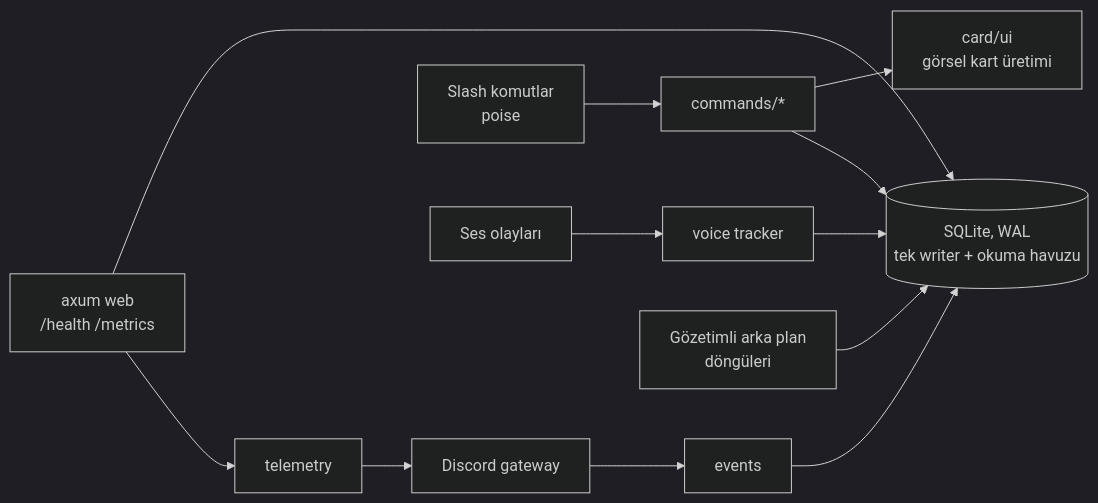
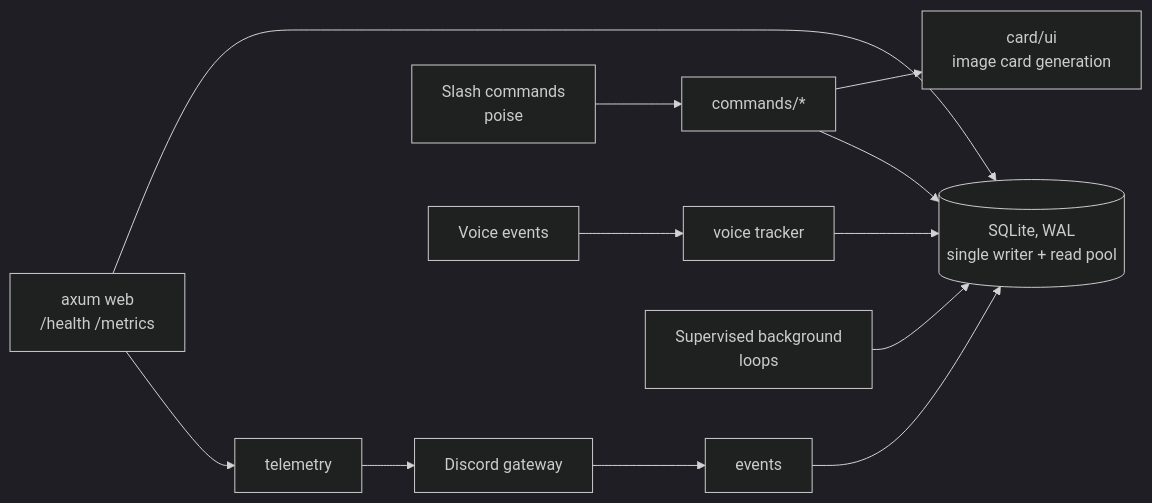
Before and after one commit to tetwy/tetbot-showcase: the diagram in README.md, drawn with Mermaid (dark theme). The commit also changed other lines of this file and 1 other file, not shown here.

````diff
--- a/README.md
+++ b/README.md
@@ -42,15 +42,15 @@
 ```mermaid
 flowchart LR
     GW[Discord gateway] --> EV[events]
-    SC[Slash komutlar<br/>poise] --> CMD[commands/*]
-    VS[Ses olayları] --> VO[voice tracker]
+    SC[Slash commands<br/>poise] --> CMD[commands/*]
+    VS[Voice events] --> VO[voice tracker]
     EV --> DB
     CMD --> DB
     VO --> DB
-    BG[Gözetimli arka plan<br/>döngüleri] --> DB
-    DB[(SQLite, WAL<br/>tek writer + okuma havuzu)]
-    CMD --> CARD[card/ui<br/>görsel kart üretimi]
+    BG[Supervised background<br/>loops] --> DB
+    DB[(SQLite, WAL<br/>single writer + read pool)]
+    CMD --> CARD[card/ui<br/>image card generation]
     WEB[axum web<br/>/health /metrics] --> TEL[telemetry]
     WEB --> DB
     TEL --> GW
 ```
````
